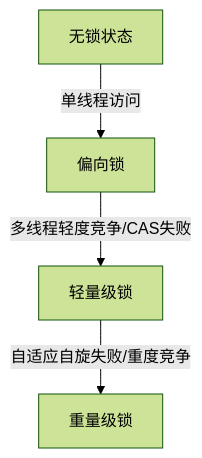
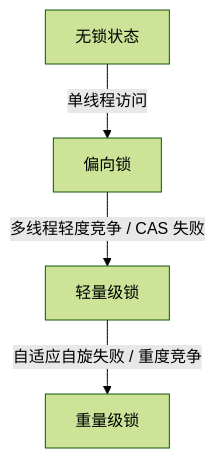
Before and after one commit to Aiden-Coding/AiDocs: the second of 2 diagrams in docs/java/concurrent/aqs-locks.md, drawn with Mermaid (forest theme). The commit also changed other lines of this file and 3 other files, not shown here.

````diff
--- a/docs/java/concurrent/aqs-locks.md
+++ b/docs/java/concurrent/aqs-locks.md
@@ -213,6 +213,6 @@
 ```mermaid
 graph TD
     A[无锁状态] -->|单线程访问| B[偏向锁]
-    B -->|多线程轻度竞争/CAS失败| C[轻量级锁]
-    C -->|自适应自旋失败/重度竞争| D[重量级锁]
+    B -->|多线程轻度竞争 / CAS 失败| C[轻量级锁]
+    C -->|自适应自旋失败 / 重度竞争| D[重量级锁]
 ```
````
